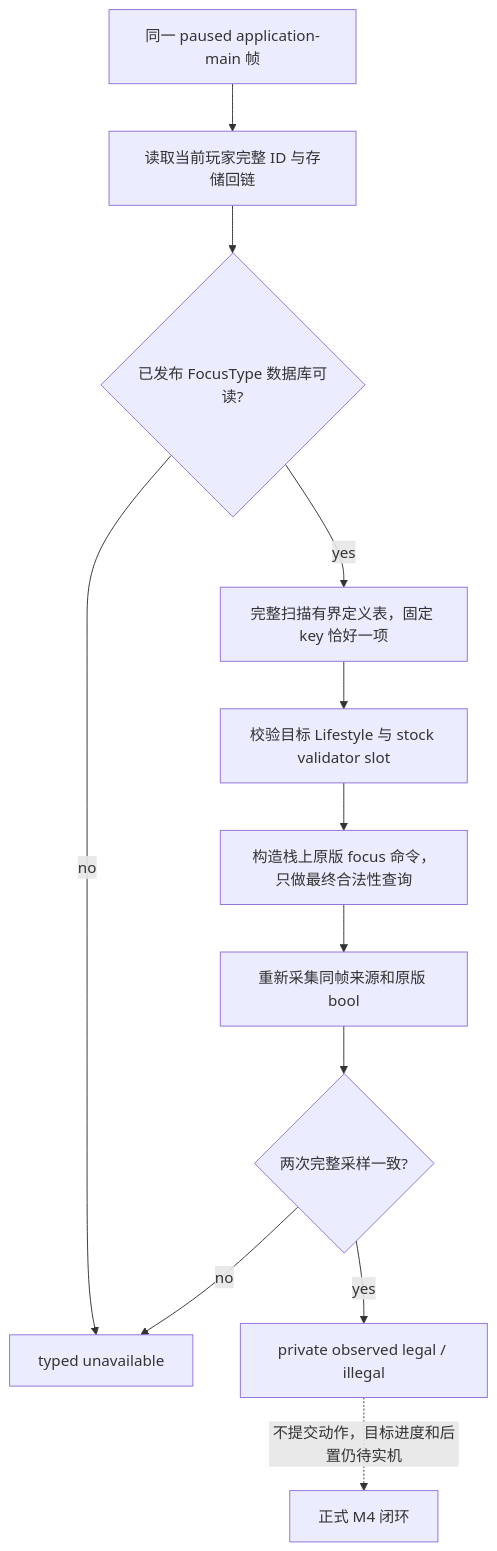
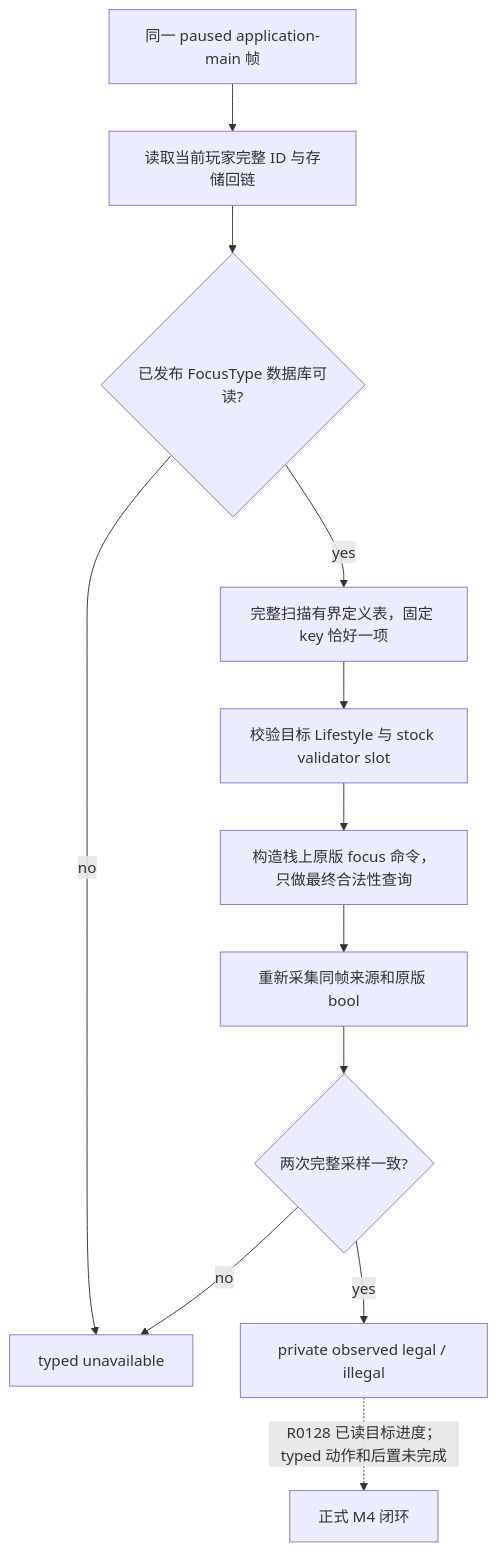
One commit to XenoAmess/ck3_eternal_recurrence changed the eighth of 8 diagrams in docs/ck3-native-ai/lifestyle-focus-perk-ai.md. Above: the diagram before and after it, drawn with Mermaid. The commit also changed other lines of this file and 2 other files, not shown here.

````diff
--- a/docs/ck3-native-ai/lifestyle-focus-perk-ai.md
+++ b/docs/ck3-native-ai/lifestyle-focus-perk-ai.md
@@ -873,14 +875,14 @@
 ```mermaid
 flowchart TD
   A[同一 paused application-main 帧] --> B[读取当前玩家完整 ID 与存储回链]
   B --> C{已发布 FocusType 数据库可读?}
   C -- no --> U[typed unavailable]
   C -- yes --> D[完整扫描有界定义表，固定 key 恰好一项]
   D --> E[校验目标 Lifestyle 与 stock validator slot]
   E --> F[构造栈上原版 focus 命令，只做最终合法性查询]
   F --> G[重新采集同帧来源和原版 bool]
   G --> H{两次完整采样一致?}
   H -- no --> U
   H -- yes --> I[private observed legal / illegal]
-  I -. 不提交动作，目标进度和后置仍待实机 .-> J[正式 M4 闭环]
+  I -. R0128 已读目标进度；typed 动作和后置未完成 .-> J[正式 M4 闭环]
 ```
````
